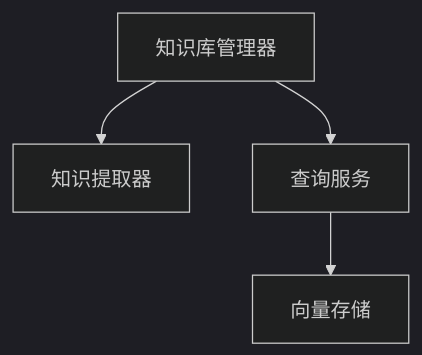
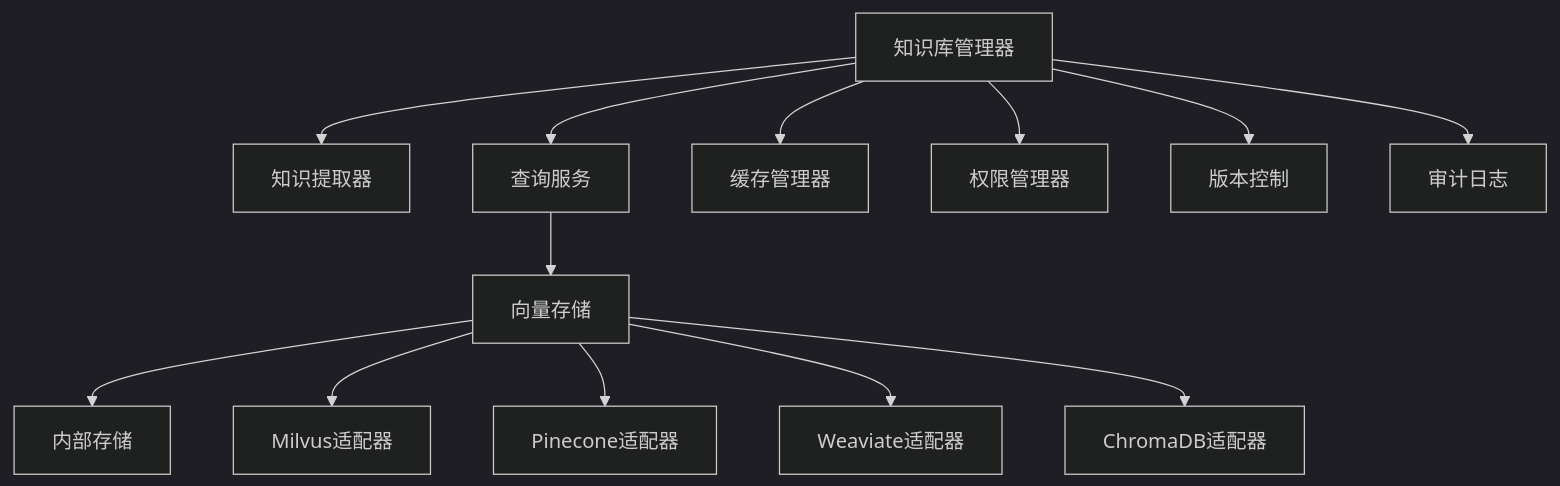
One commit to Apangwyz/ai-test-agent changed the fifth of 11 diagrams in ai-test-agent/docs/architecture/ARCHITECTURE.md. Above: the diagram before and after it, drawn with Mermaid (dark theme). The commit also changed other lines of this file and 115 other files, not shown here.

````diff
--- a/ai-test-agent/docs/architecture/ARCHITECTURE.md
+++ b/ai-test-agent/docs/architecture/ARCHITECTURE.md
@@ -57,6 +61,15 @@
 ```mermaid
 graph TD
     KBManager[知识库管理器] --> KBExtractor[知识提取器]
     KBManager --> KBQuery[查询服务]
     KBQuery --> KBVector[向量存储]
+    KBManager --> Cache[缓存管理器]
+    KBManager --> Permissions[权限管理器]
+    KBManager --> Version[版本控制]
+    KBManager --> Audit[审计日志]
+    KBVector --> Internal[内部存储]
+    KBVector --> Milvus[Milvus适配器]
+    KBVector --> Pinecone[Pinecone适配器]
+    KBVector --> Weaviate[Weaviate适配器]
+    KBVector --> ChromaDB[ChromaDB适配器]
 ```
````
